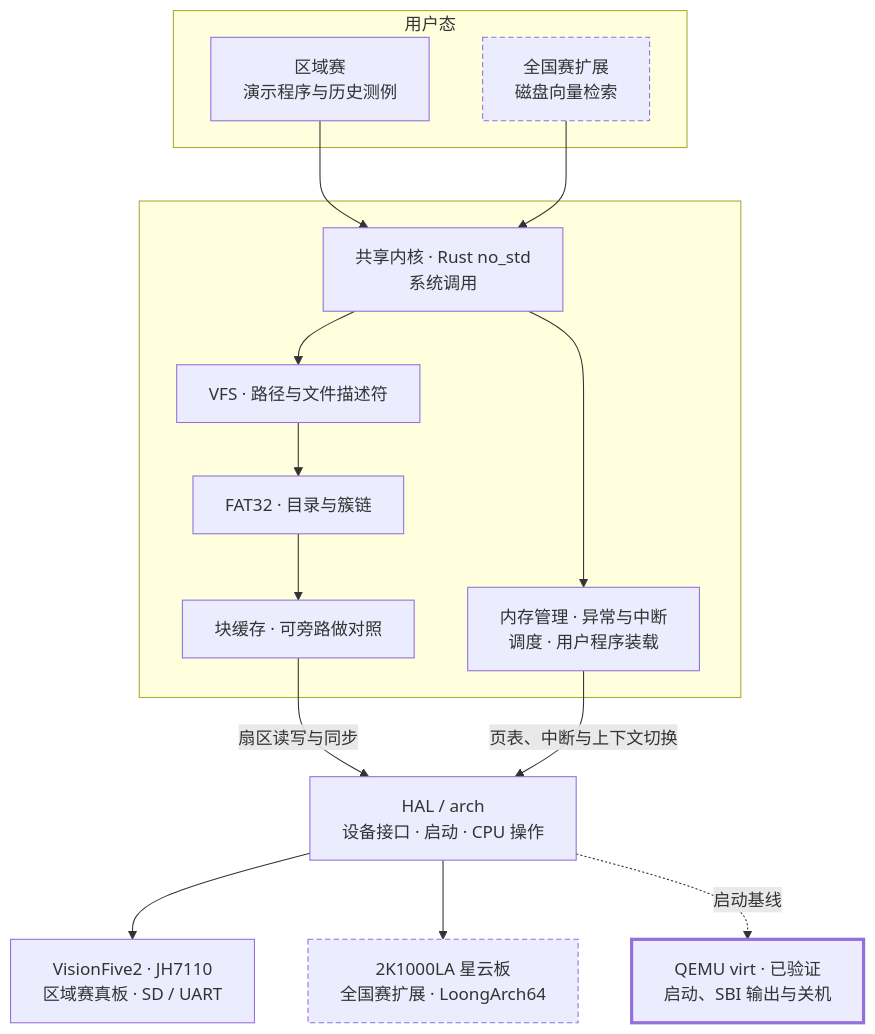
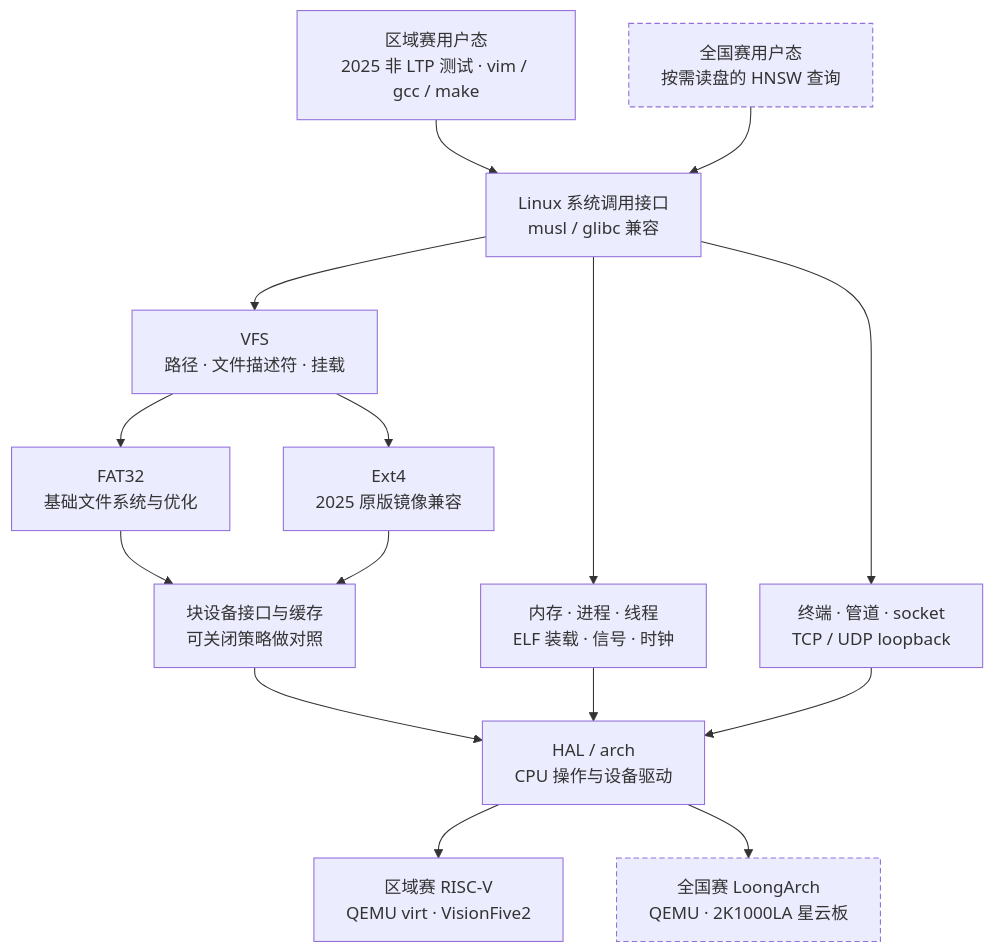
Before and after one commit to ApolloMonasa/Focos-contrib: the diagram in docs/architecture.md, drawn with Mermaid. The commit also changed other lines of this file and 20 other files, not shown here.

````diff
--- a/docs/architecture.md
+++ b/docs/architecture.md
@@ -5,38 +5,33 @@
 ```mermaid
 flowchart TB
-    accTitle: FocOS 目标架构
-    accDescr: 用户程序经系统调用访问 FAT32。HAL 和 arch 隔离两块板的差异。当前已验证 QEMU 启动、SBI 输出和关机。
-
-    subgraph USER["用户态"]
-        DEMO["区域赛<br/>演示程序与历史测例"]
-        ANN["全国赛扩展<br/>磁盘向量检索"]
-    end
-
-    subgraph KERNEL[" "]
-        SYS["共享内核 · Rust no_std<br/>系统调用"]
-        VFS["VFS · 路径与文件描述符"]
-        FAT["FAT32 · 目录与簇链"]
-        CACHE["块缓存 · 可旁路做对照"]
-        CORE["内存管理 · 异常与中断<br/>调度 · 用户程序装载"]
-        SYS --> VFS --> FAT --> CACHE
-        SYS --> CORE
-    end
-
-    HAL["HAL / arch<br/>设备接口 · 启动 · CPU 操作"]
-    VF2["VisionFive2 · JH7110<br/>区域赛真板 · SD / UART"]
-    LA["2K1000LA 星云板<br/>全国赛扩展 · LoongArch64"]
-    QEMU["QEMU virt · 已验证<br/>启动、SBI 输出与关机"]
-
-    DEMO --> SYS
-    ANN --> SYS
-    CACHE -->|扇区读写与同步| HAL
-    CORE -->|页表、中断与上下文切换| HAL
-    HAL --> VF2
+    accTitle: FocOS 的区域赛与全国赛目标架构
+    accDescr: 区域赛运行 2025 测试和开发工具，经 Linux 系统调用访问共享内核。VFS 下同时有 FAT32 和 Ext4。HAL 隔离硬件；全国赛扩展 LoongArch 与磁盘检索。
+    APP["区域赛用户态<br/>2025 非 LTP 测试 · vim / gcc / make"]
+    ANN["全国赛用户态<br/>按需读盘的 HNSW 查询"]
+    ABI["Linux 系统调用接口<br/>musl / glibc 兼容"]
+    CORE["内存 · 进程 · 线程<br/>ELF 装载 · 信号 · 时钟"]
+    VFS["VFS<br/>路径 · 文件描述符 · 挂载"]
+    IO["终端 · 管道 · socket<br/>TCP / UDP loopback"]
+    FAT["FAT32<br/>基础文件系统与优化"]
+    EXT["Ext4<br/>2025 原版镜像兼容"]
+    CACHE["块设备接口与缓存<br/>可关闭策略做对照"]
+    HAL["HAL / arch<br/>CPU 操作与设备驱动"]
+    RV["区域赛 RISC-V<br/>QEMU virt · VisionFive2"]
+    LA["全国赛 LoongArch<br/>QEMU · 2K1000LA 星云板"]
+    APP --> ABI
+    ANN --> ABI
+    ABI --> CORE
+    ABI --> VFS
+    ABI --> IO
+    VFS --> FAT
+    VFS --> EXT
+    FAT --> CACHE
+    EXT --> CACHE
+    CACHE --> HAL
+    CORE --> HAL
+    IO --> HAL
+    HAL --> RV
     HAL --> LA
-    HAL -. 启动基线 .-> QEMU
-
-    classDef future stroke-dasharray: 5 3;
-    classDef verified stroke-width: 3px;
-    class ANN,LA future;
-    class QEMU verified;
+    classDef later stroke-dasharray: 5 3;
+    class ANN,LA later;
 ```
````
